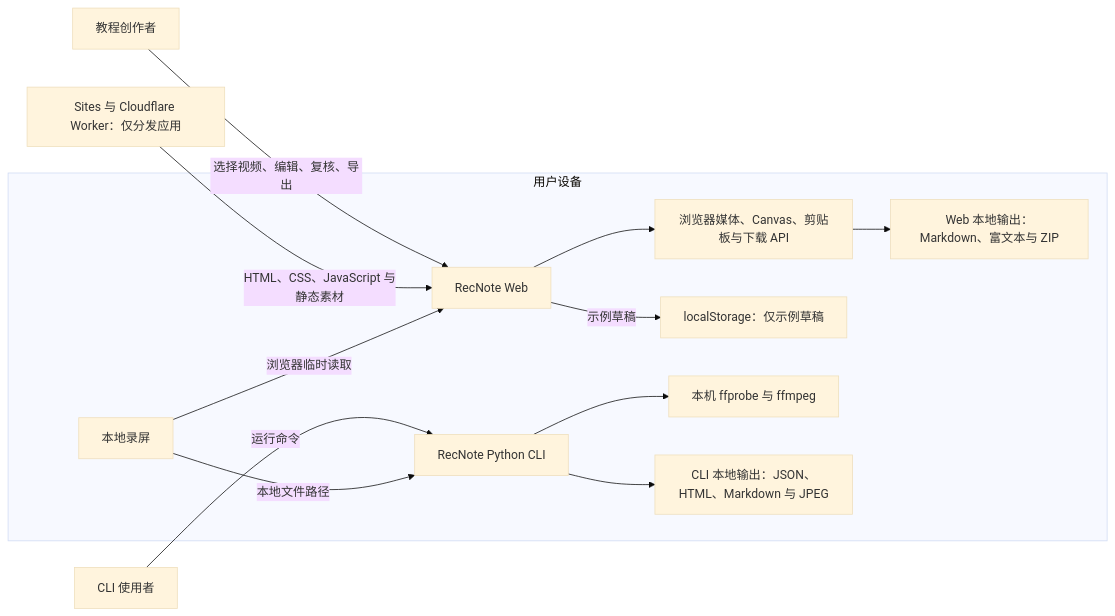
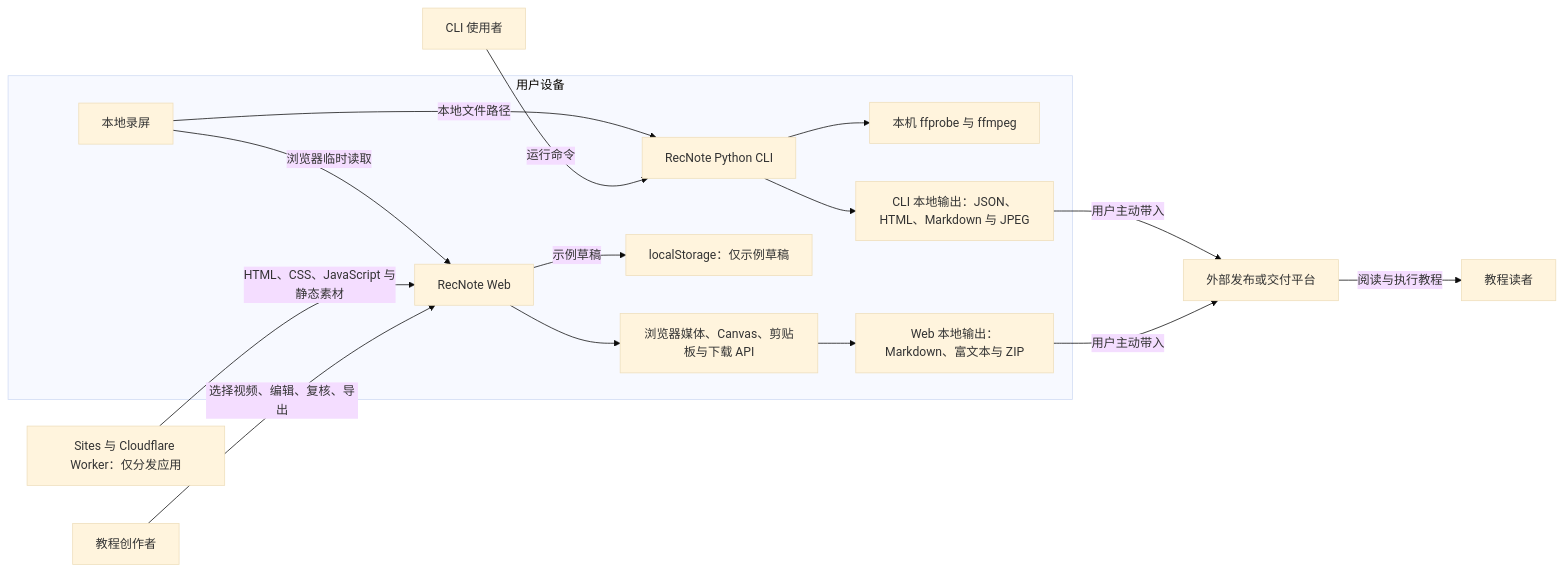
One commit to AnnCYW-cm/recnote changed the first of 2 diagrams in docs/uml/README.md. Above: the diagram before and after it, drawn with Mermaid (base theme). The commit also changed other lines of this file and 8 other files, not shown here.

Commit message:
docs: 补齐产品经理视角 UML

````diff
--- a/docs/uml/README.md
+++ b/docs/uml/README.md
@@ -30,29 +107,34 @@
 ```mermaid
 flowchart LR
   Creator["教程创作者"]
   CLIUser["CLI 使用者"]
   Hosting["Sites 与 Cloudflare Worker：仅分发应用"]
+  Publish["外部发布或交付平台"]
+  Reader["教程读者"]
 
   subgraph Device["用户设备"]
     Video["本地录屏"]
     Browser["RecNote Web"]
     BrowserAPI["浏览器媒体、Canvas、剪贴板与下载 API"]
     DemoStore["localStorage：仅示例草稿"]
     CLI["RecNote Python CLI"]
     MediaTools["本机 ffprobe 与 ffmpeg"]
     WebOutput["Web 本地输出：Markdown、富文本与 ZIP"]
     CLIOutput["CLI 本地输出：JSON、HTML、Markdown 与 JPEG"]
   end
 
   Creator -->|"选择视频、编辑、复核、导出"| Browser
   Hosting -->|"HTML、CSS、JavaScript 与静态素材"| Browser
   Video -->|"浏览器临时读取"| Browser
   Browser --> BrowserAPI
   Browser -->|"示例草稿"| DemoStore
   BrowserAPI --> WebOutput
+  WebOutput -->|"用户主动带入"| Publish
 
   CLIUser -->|"运行命令"| CLI
   Video -->|"本地文件路径"| CLI
   CLI --> MediaTools
   CLI --> CLIOutput
+  CLIOutput -->|"用户主动带入"| Publish
+  Publish -->|"阅读与执行教程"| Reader
 ```
````
